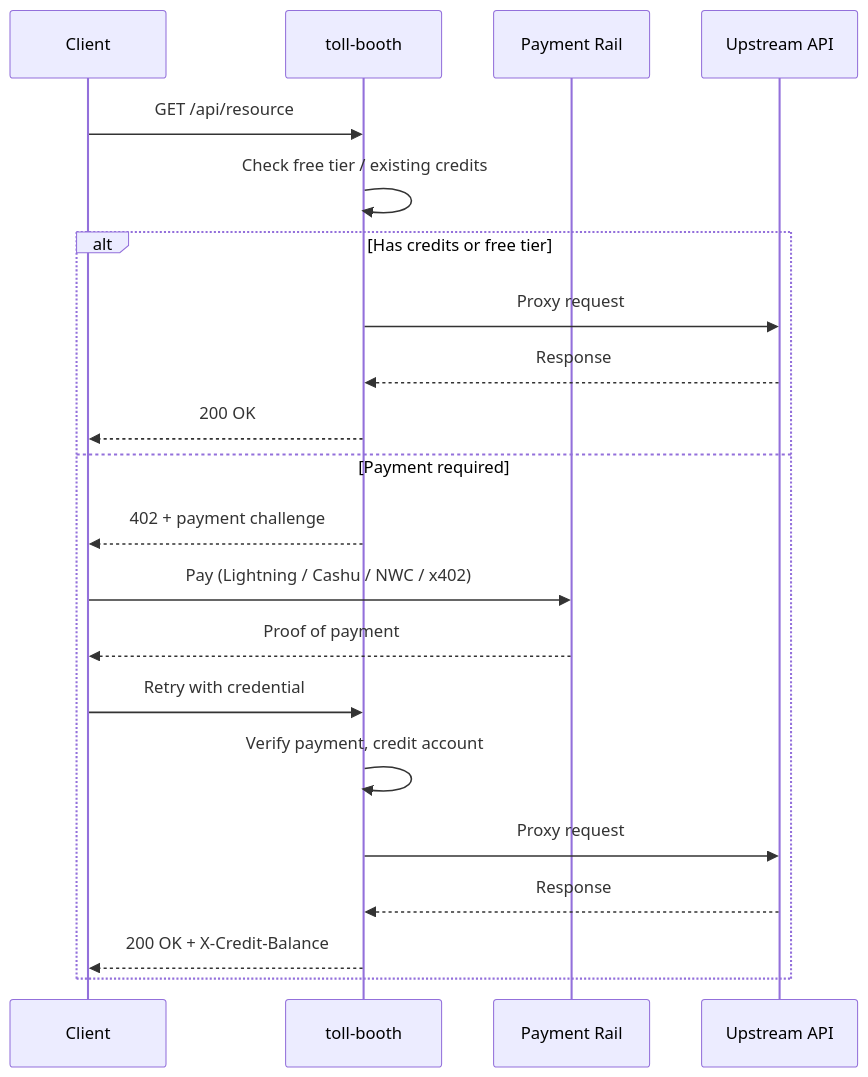
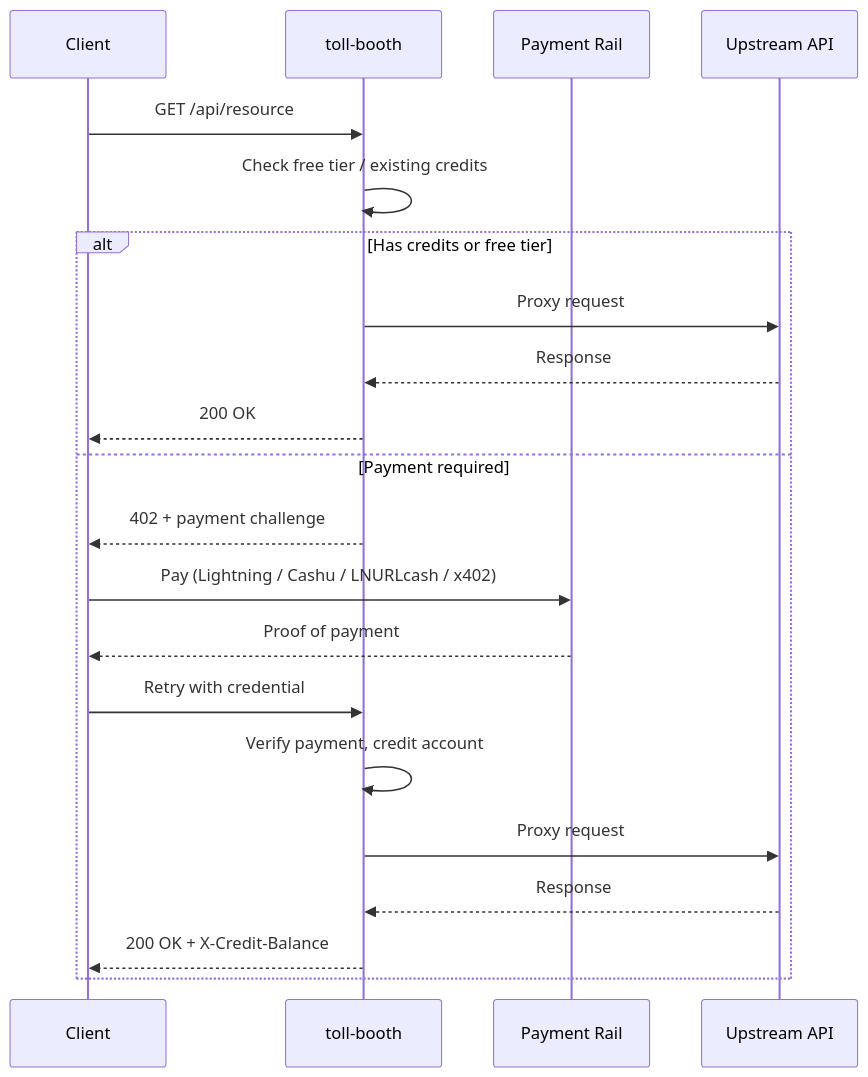
Before and after one commit to forgesworn/toll-booth: the second of 5 diagrams in docs/architecture.md, drawn with Mermaid. The commit also changed other lines of this file and 11 other files, not shown here.

````diff
--- a/docs/architecture.md
+++ b/docs/architecture.md
@@ -55,25 +55,25 @@
 ```mermaid
 sequenceDiagram
     participant Client
     participant Toll as toll-booth
     participant Rail as Payment Rail
     participant API as Upstream API
 
     Client->>Toll: GET /api/resource
     Toll->>Toll: Check free tier / existing credits
 
     alt Has credits or free tier
         Toll->>API: Proxy request
         API-->>Toll: Response
         Toll-->>Client: 200 OK
     else Payment required
         Toll-->>Client: 402 + payment challenge
-        Client->>Rail: Pay (Lightning / Cashu / NWC / x402)
+        Client->>Rail: Pay (Lightning / Cashu / LNURLcash / x402)
         Rail-->>Client: Proof of payment
         Client->>Toll: Retry with credential
         Toll->>Toll: Verify payment, credit account
         Toll->>API: Proxy request
         API-->>Toll: Response
         Toll-->>Client: 200 OK + X-Credit-Balance
     end
 ```
````
